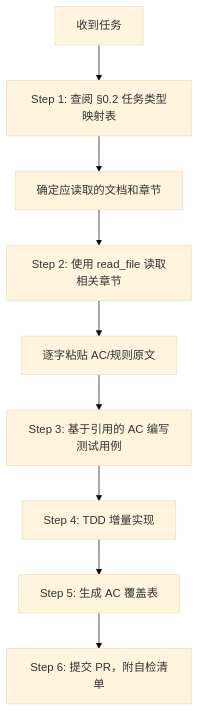
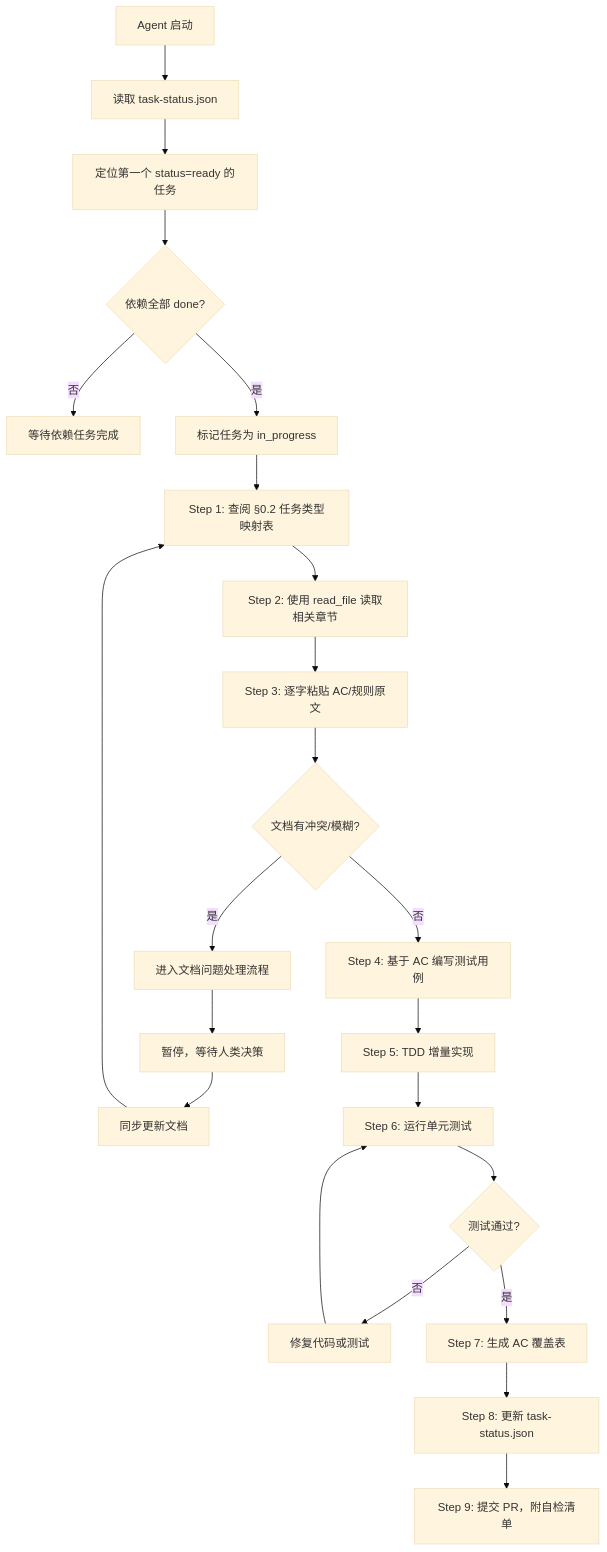
The second of 4 diagrams in AGENTS.md (LOGANSWP/Echo), drawn with Mermaid (base theme) before and after one commit. The commit also changed other lines of this file, not shown here.

````diff
--- a/AGENTS.md
+++ b/AGENTS.md
@@ -714,11 +710,25 @@
 ```mermaid
 flowchart TD
-    A[收到任务] --> B[Step 1: 查阅 §0.2 任务类型映射表]
-    B --> C[确定应读取的文档和章节]
-    C --> D[Step 2: 使用 read_file 读取相关章节]
-    D --> E[逐字粘贴 AC/规则原文]
-    E --> F[Step 3: 基于引用的 AC 编写测试用例]
-    F --> G[Step 4: TDD 增量实现]
-    G --> H[Step 5: 生成 AC 覆盖表]
-    H --> I[Step 6: 提交 PR，附自检清单]
+    A[Agent 启动] --> B[读取 task-status.json]
+    B --> C[定位第一个 status=ready 的任务]
+    C --> D{依赖全部 done?}
+    D -->|否| E[等待依赖任务完成]
+    D -->|是| F[标记任务为 in_progress]
+    F --> G[Step 1: 查阅 §0.2 任务类型映射表]
+    G --> H[Step 2: 使用 read_file 读取相关章节]
+    H --> I[Step 3: 逐字粘贴 AC/规则原文]
+    I --> J{文档有冲突/模糊?}
+    J -->|是| K[进入文档问题处理流程]
+    K --> L[暂停，等待人类决策]
+    L --> M[同步更新文档]
+    M --> G
+    J -->|否| N[Step 4: 基于 AC 编写测试用例]
+    N --> O[Step 5: TDD 增量实现]
+    O --> P[Step 6: 运行单元测试]
+    P --> Q{测试通过?}
+    Q -->|否| R[修复代码或测试]
+    R --> P
+    Q -->|是| S[Step 7: 生成 AC 覆盖表]
+    S --> T[Step 8: 更新 task-status.json]
+    T --> U[Step 9: 提交 PR，附自检清单]
 ```
````
